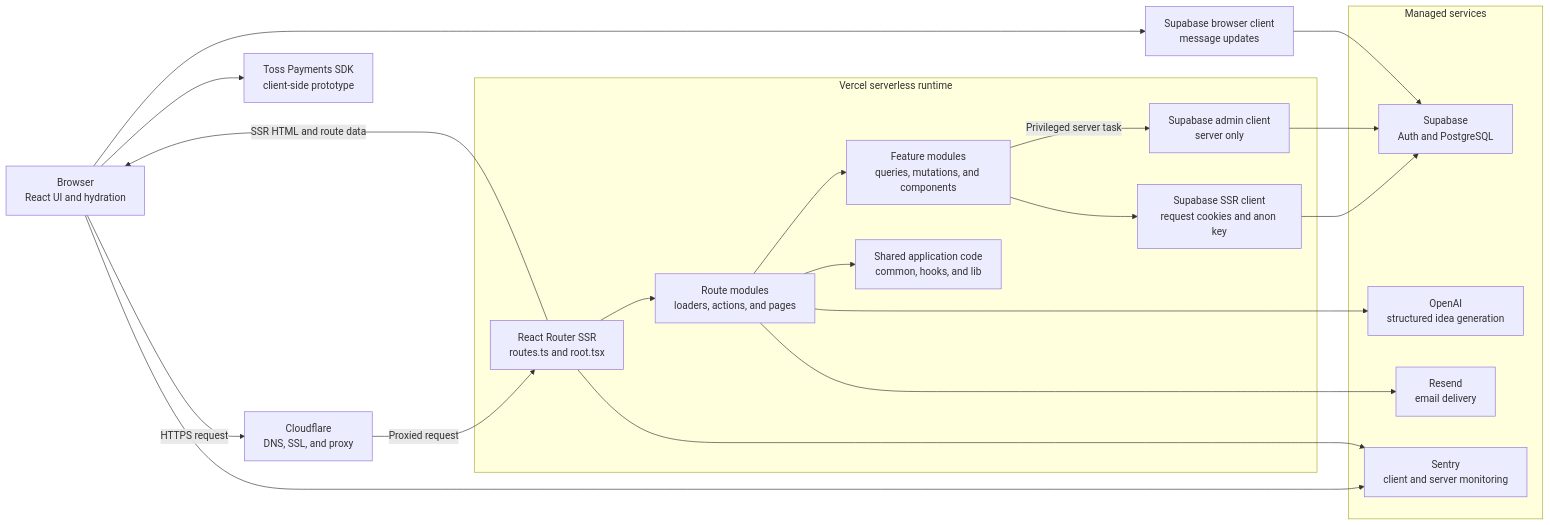
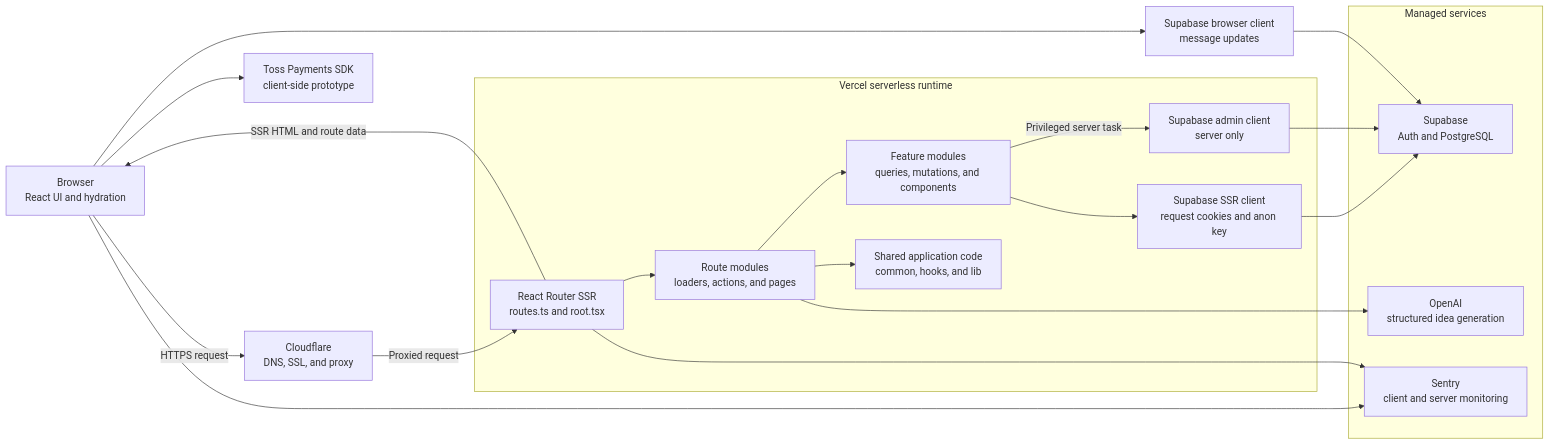
One commit to hesshess/app_lause changed the diagram in docs/ARCHITECTURE.md. Above: the diagram before and after it, drawn with Mermaid. The commit also changed 10 other files, not shown here.

````diff
--- a/docs/ARCHITECTURE.md
+++ b/docs/ARCHITECTURE.md
@@ -15,44 +15,42 @@
 ```mermaid
 flowchart LR
   browser["Browser<br/>React UI and hydration"]
   cloudflare["Cloudflare<br/>DNS, SSL, and proxy"]
 
   subgraph vercel["Vercel serverless runtime"]
     router["React Router SSR<br/>routes.ts and root.tsx"]
     routes["Route modules<br/>loaders, actions, and pages"]
     features["Feature modules<br/>queries, mutations, and components"]
     shared["Shared application code<br/>common, hooks, and lib"]
     ssrClient["Supabase SSR client<br/>request cookies and anon key"]
     adminClient["Supabase admin client<br/>server only"]
   end
 
   subgraph services["Managed services"]
     supabase["Supabase<br/>Auth and PostgreSQL"]
     openai["OpenAI<br/>structured idea generation"]
-    resend["Resend<br/>email delivery"]
     sentry["Sentry<br/>client and server monitoring"]
   end
 
   toss["Toss Payments SDK<br/>client-side prototype"]
   realtime["Supabase browser client<br/>message updates"]
 
   browser -->|HTTPS request| cloudflare
   cloudflare -->|Proxied request| router
   router --> routes
   routes --> features
   routes --> shared
   router -->|SSR HTML and route data| browser
 
   features --> ssrClient
   features -->|Privileged server task| adminClient
   ssrClient --> supabase
   adminClient --> supabase
   browser --> realtime
   realtime --> supabase
 
   routes --> openai
-  routes --> resend
   browser --> toss
   browser --> sentry
   router --> sentry
 ```
````
